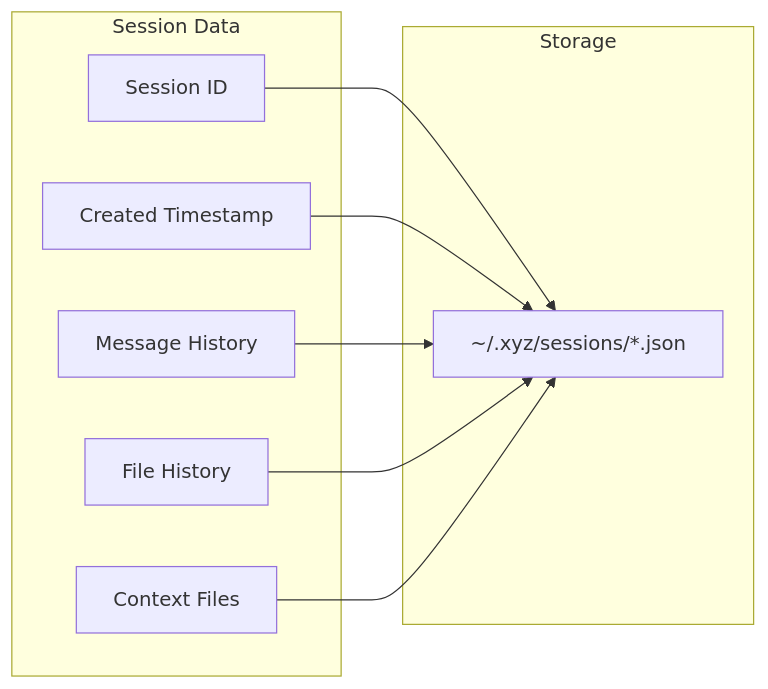
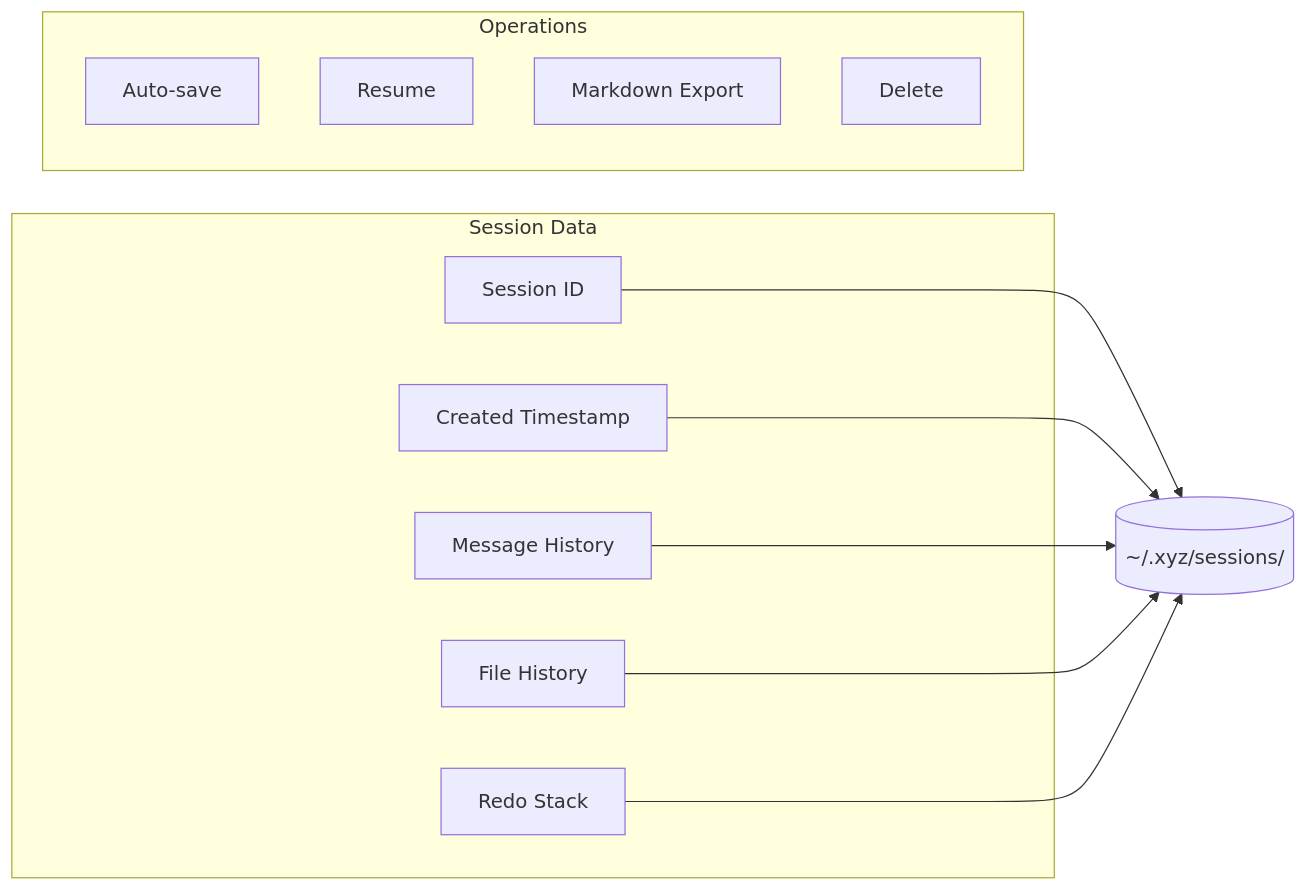
Before and after one commit to krsatyam36/xyz: the seventh of 8 diagrams in README.md, drawn with Mermaid. The commit also changed other lines of this file and 44 other files, not shown here.

````diff
--- a/README.md
+++ b/README.md
@@ -452,20 +566,23 @@
 ```mermaid
 graph LR
     subgraph "Session Data"
         ID[Session ID]
         Created[Created Timestamp]
         Messages[Message History]
         Files[File History]
-        Context[Context Files]
+        Redo[Redo Stack]
     end
 
-    subgraph "Storage"
-        JSON[~/.xyz/sessions/*.json]
+    subgraph "Operations"
+        Save[Auto-save]
+        Load[Resume]
+        Export[Markdown Export]
+        Delete[Delete]
     end
 
-    ID --> JSON
-    Created --> JSON
-    Messages --> JSON
-    Files --> JSON
-    Context --> JSON
+    ID --> Storage[(~/.xyz/sessions/)]
+    Created --> Storage
+    Messages --> Storage
+    Files --> Storage
+    Redo --> Storage
 ```
````
